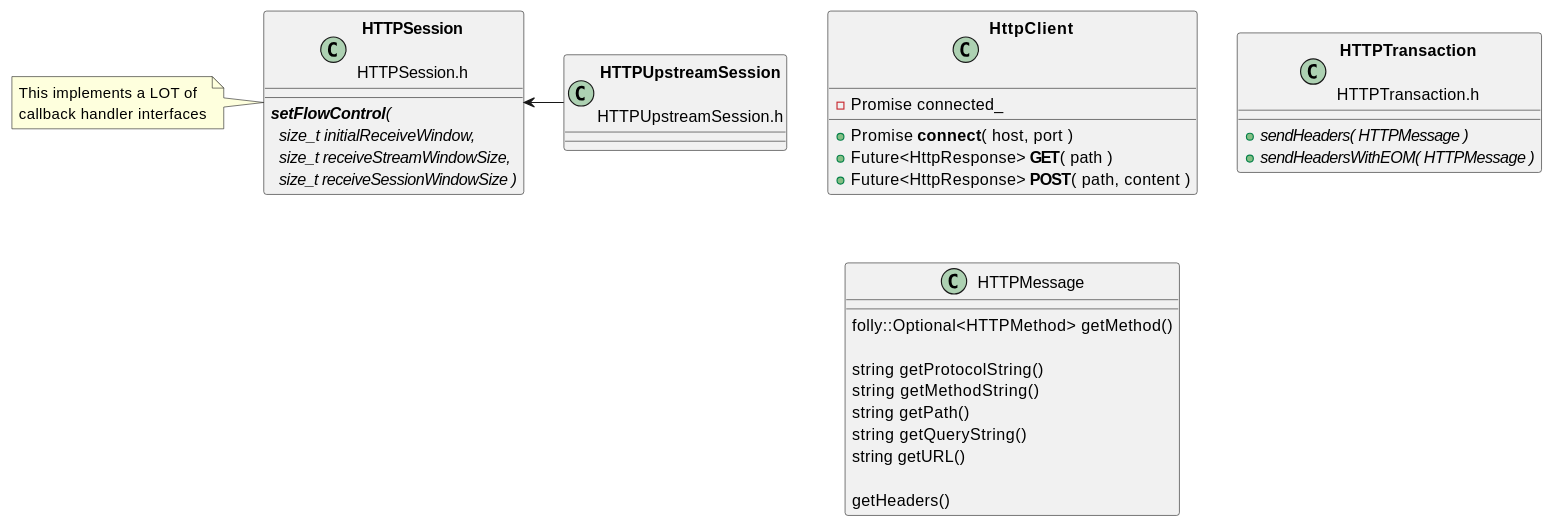
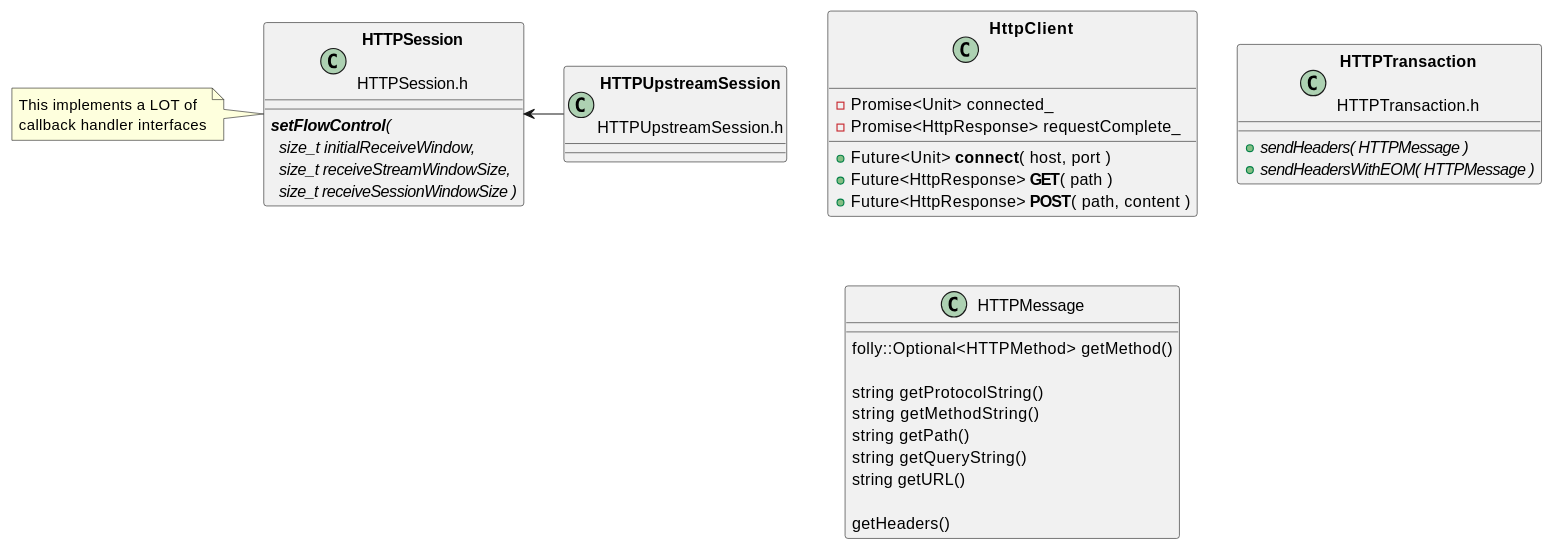
Before and after one commit to patrickhallinan/hello-proxygen: the sixth of 6 diagrams in doc/http-client.adoc, drawn with PlantUML. The commit also changed other lines of this file and 2 other files, not shown here.

```diff
--- a/doc/http-client.adoc
+++ b/doc/http-client.adoc
@@ -266,48 +283,49 @@
 [plantuml, "classes.puml", svg]
 ----
 class "**HttpClient**\n\n" as HttpClient
 
 class "**HTTPSession**\n\nHTTPSession.h" as HTTPSession
 note left
     This implements a LOT of
     callback handler interfaces
 end note
 
 class "**HTTPUpstreamSession**\n\nHTTPUpstreamSession.h" as HTTPUpstreamSession
 class "**HTTPTransaction**\n\nHTTPTransaction.h" as HTTPTransaction
 
 
 HTTPSession <- HTTPUpstreamSession
 
 class HttpClient {
-    - Promise connected_
+    - Promise<Unit> connected_
+    - Promise<HttpResponse> requestComplete_
     
-    + Promise **connect**( host, port )
+    + Future<Unit> **connect**( host, port )
     + Future<HttpResponse> **GET**( path )
     + Future<HttpResponse> **POST**( path, content )
 }
 
 class HTTPSession {
     {abstract} **setFlowControl**(\n  size_t initialReceiveWindow,\n  size_t receiveStreamWindowSize,\n  size_t receiveSessionWindowSize )
 }
 
 
 class HTTPTransaction {
     +{abstract} sendHeaders( HTTPMessage )
     +{abstract} sendHeadersWithEOM( HTTPMessage )
 }
 
 
 class HTTPMessage {
     folly::Optional<HTTPMethod> getMethod()
     
     string getProtocolString()
     string getMethodString()
     string getPath()
     string getQueryString()
     string getURL()
 
     getHeaders()
 }
 
 ----
```
